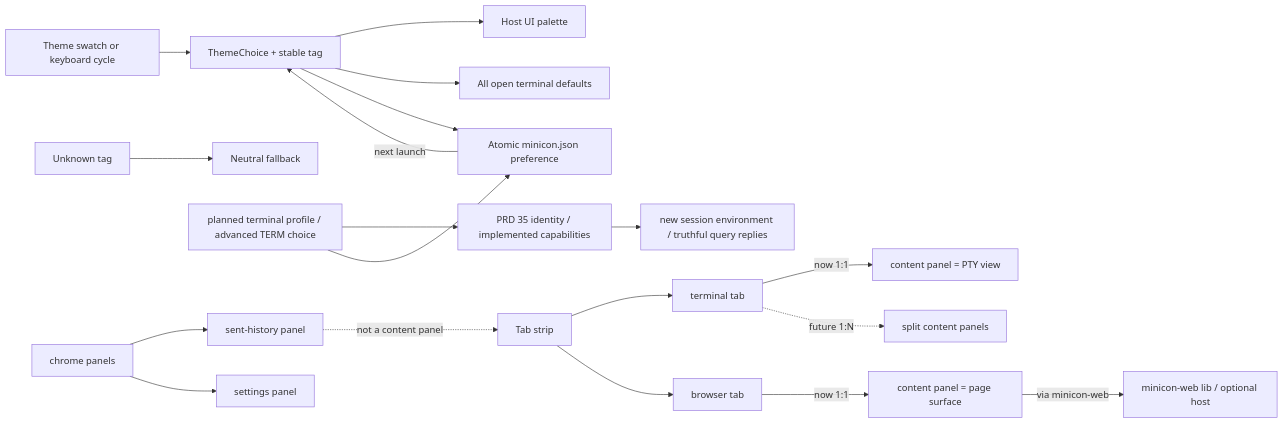
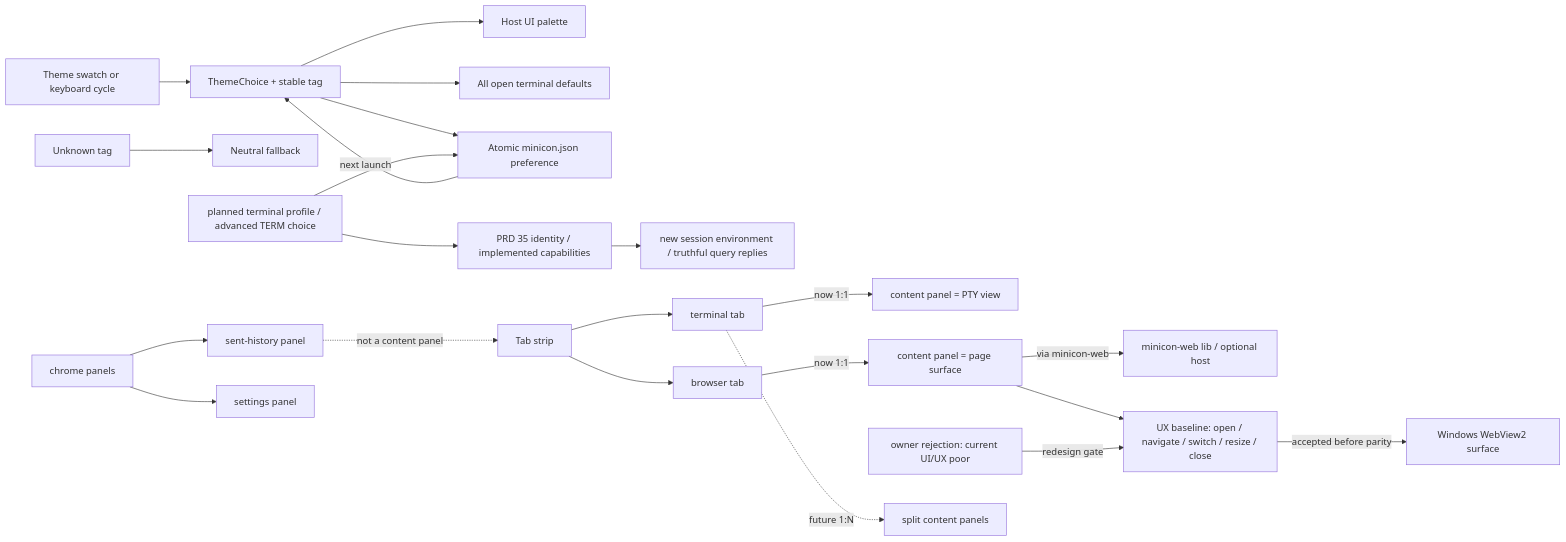
The first of 2 diagrams in prd/PRD_02_25_con_workspace.md (partnernetsoftware/minicon), drawn with Mermaid before and after one commit. The commit also changed other lines of this file and 4 other files, not shown here.

Commit message:
docs: gate browser work on accepted ux

````diff
--- a/prd/PRD_02_25_con_workspace.md
+++ b/prd/PRD_02_25_con_workspace.md
@@ -50,21 +52,24 @@
 ```mermaid
 flowchart LR
     Choice["Theme swatch or keyboard cycle"] --> T["ThemeChoice + stable tag"]
     T --> Host["Host UI palette"]
     T --> Tabs["All open terminal defaults"]
     T --> Save["Atomic minicon.json preference"]
     Save -->|next launch| T
     Bad["Unknown tag"] --> Default["Neutral fallback"]
     Term["planned terminal profile / advanced TERM choice"] --> Contract["PRD 35 identity / implemented capabilities"]
     Contract --> Spawn["new session environment / truthful query replies"]
     Term --> Save
     Strip["Tab strip"] --> TermTab["terminal tab"]
     Strip --> BrTab["browser tab"]
     TermTab -->|"now 1:1"| TermCP["content panel = PTY view"]
     BrTab -->|"now 1:1"| BrCP["content panel = page surface"]
     BrCP -->|"via minicon-web"| Web["minicon-web lib / optional host"]
+    BrCP --> UX["UX baseline: open / navigate / switch / resize / close"]
+    BadUX["owner rejection: current UI/UX poor"] -->|"redesign gate"| UX
+    UX -->|"accepted before parity"| WinWeb["Windows WebView2 surface"]
     TermTab -.->|"future 1:N"| Multi["split content panels"]
     Chrome["chrome panels"] --> Hist["sent-history panel"]
     Chrome --> Sett["settings panel"]
     Hist -.->|"not a content panel"| Strip
 ```
````
